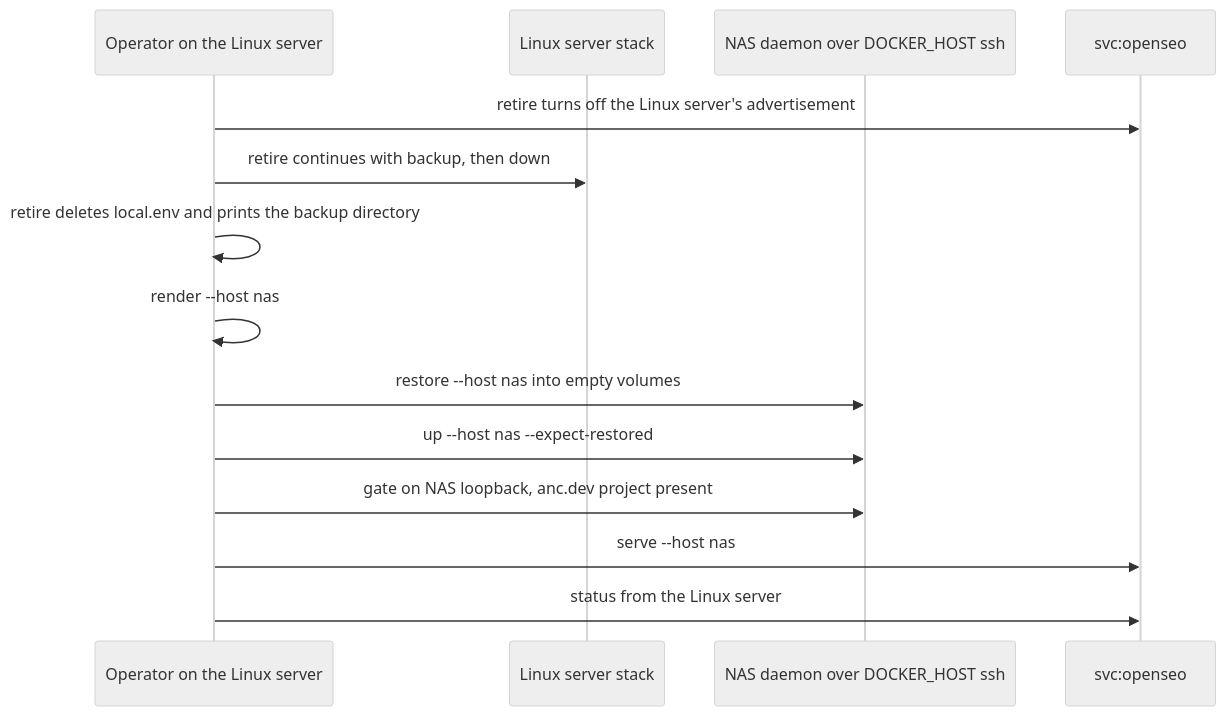
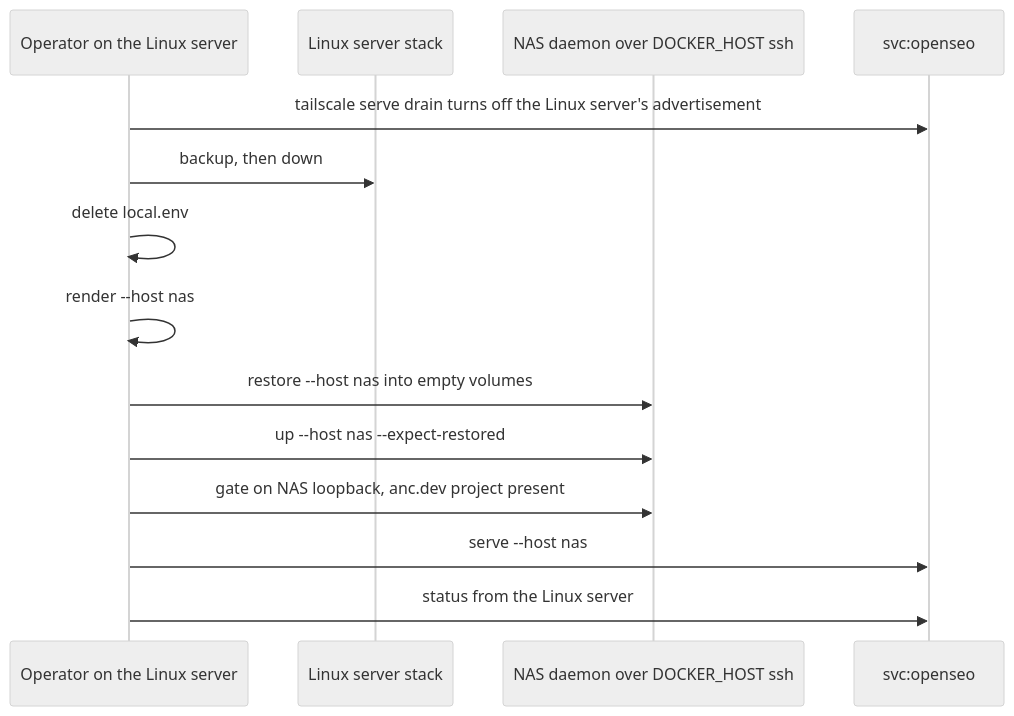
One commit to brettdavies/dotfiles changed the fourth of 4 diagrams in docs/plans/2026-11-06-0100-feat-openseo-tailnet-service-plan.md. Above: the diagram before and after it, drawn with Mermaid (neutral theme). The commit also changed other lines of this file, not shown here.

````diff
--- a/docs/plans/2026-11-06-0100-feat-openseo-tailnet-service-plan.md
+++ b/docs/plans/2026-11-06-0100-feat-openseo-tailnet-service-plan.md
@@ -443,16 +439,16 @@
 ```mermaid
 sequenceDiagram
   participant Op as Operator on the Linux server
   participant L as Linux server stack
   participant N as NAS daemon over DOCKER_HOST ssh
   participant T as svc:openseo
-  Op->>T: retire turns off the Linux server's advertisement
-  Op->>L: retire continues with backup, then down
-  Op->>Op: retire deletes local.env and prints the backup directory
+  Op->>T: tailscale serve drain turns off the Linux server's advertisement
+  Op->>L: backup, then down
+  Op->>Op: delete local.env
   Op->>Op: render --host nas
   Op->>N: restore --host nas into empty volumes
   Op->>N: up --host nas --expect-restored
   Op->>N: gate on NAS loopback, anc.dev project present
   Op->>T: serve --host nas
   Op->>T: status from the Linux server
 ```
````
